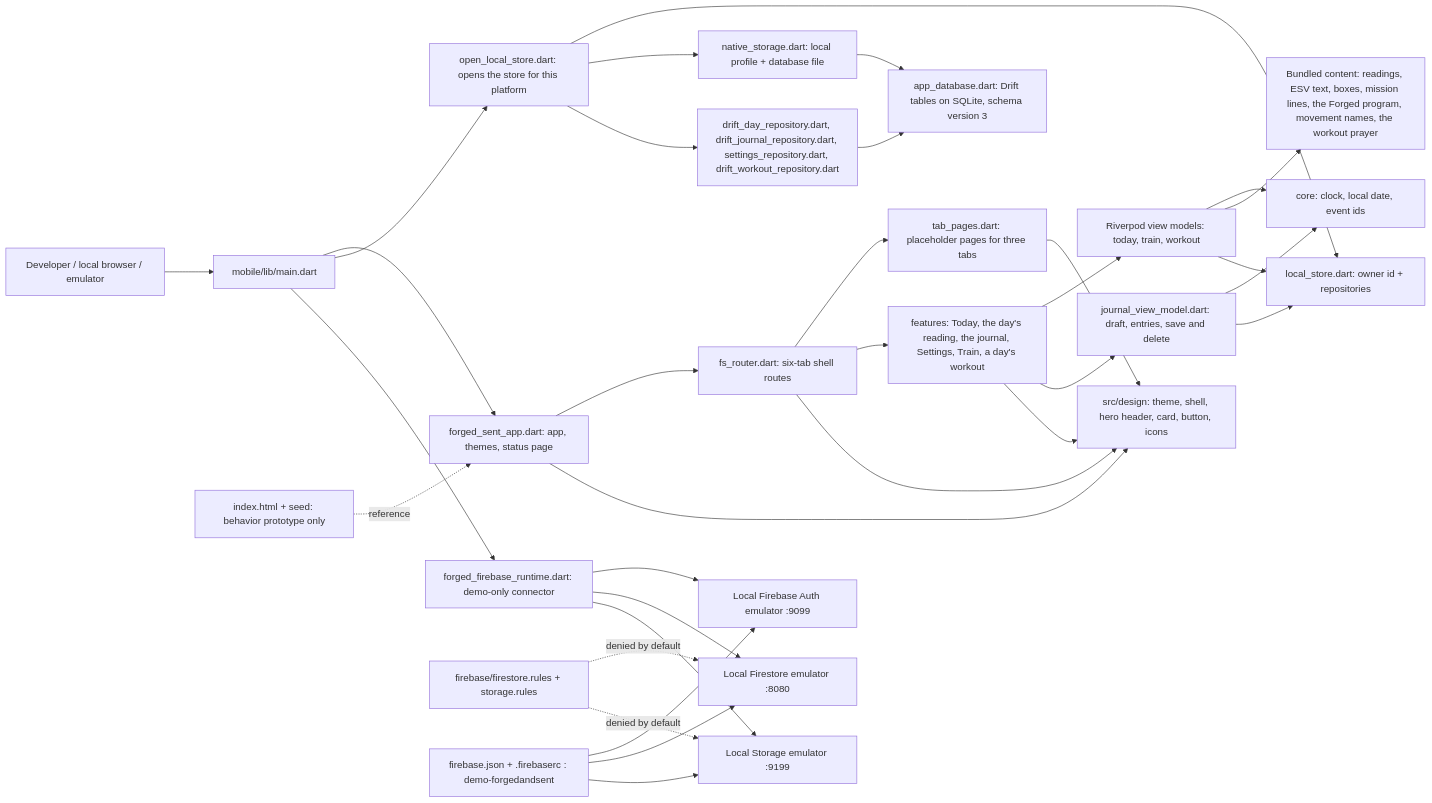
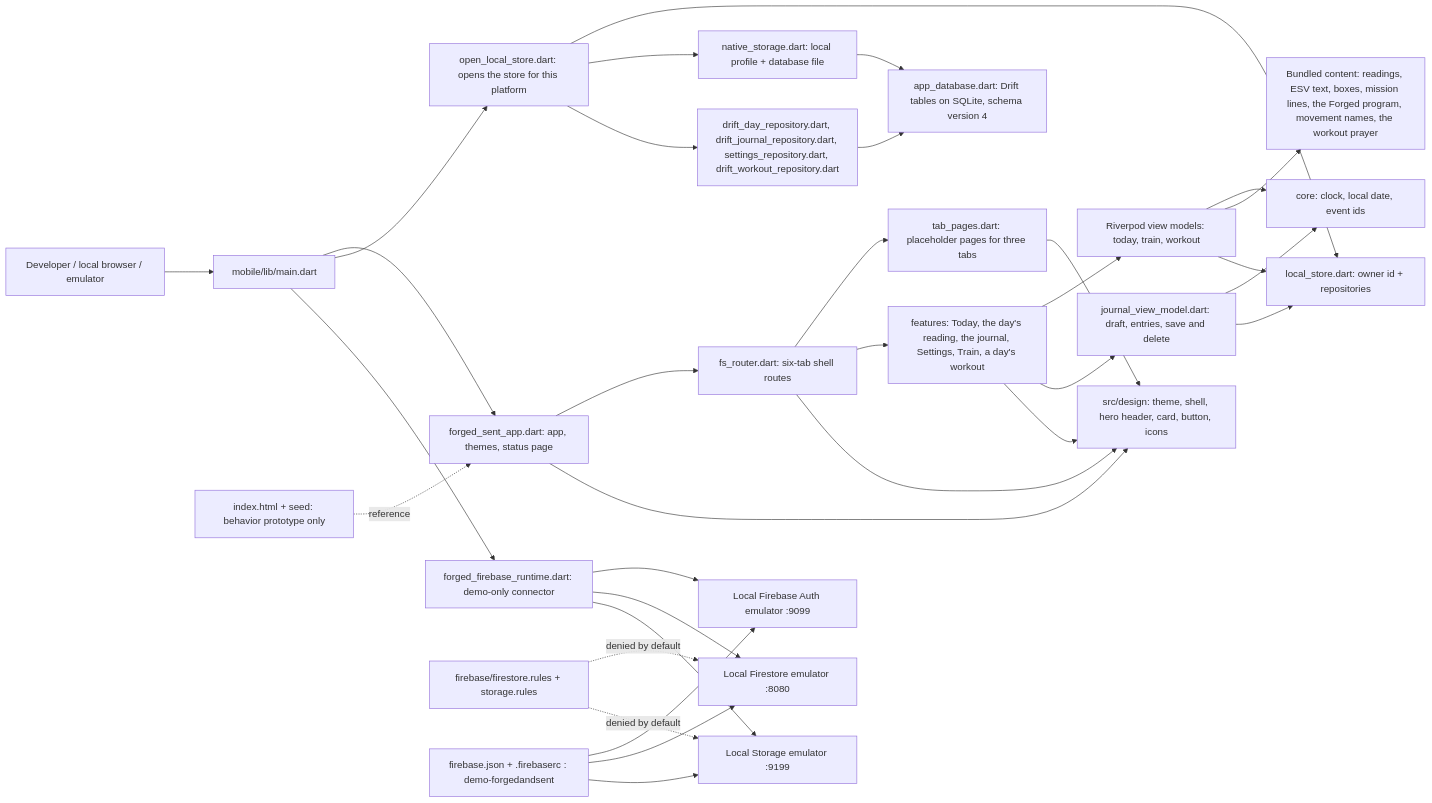
One commit to Forged-Sent/ForgedAndSentFitness changed the first of 3 diagrams in docs/architecture/SYSTEM.md. Above: the diagram before and after it, drawn with Mermaid. The commit also changed other lines of this file and 40 other files, not shown here.

````diff
--- a/docs/architecture/SYSTEM.md
+++ b/docs/architecture/SYSTEM.md
@@ -7,35 +7,35 @@
 ```mermaid
 flowchart LR
     Person[Developer / local browser / emulator] --> Entry[mobile/lib/main.dart]
     Entry --> UI[forged_sent_app.dart: app, themes, status page]
     UI --> Router[fs_router.dart: six-tab shell routes]
     Router --> Pages[tab_pages.dart: placeholder pages for three tabs]
     Router --> Screens[features: Today, the day's reading, the journal, Settings, Train, a day's workout]
     Screens --> VM[Riverpod view models: today, train, workout]
     Screens --> JVM[journal_view_model.dart: draft, entries, save and delete]
     JVM --> Core
     JVM --> LocalStore
     Screens --> Design
     VM --> Core[core: clock, local date, event ids]
     VM --> Content[Bundled content: readings, ESV text, boxes, mission lines, the Forged program, movement names, the workout prayer]
     VM --> LocalStore[local_store.dart: owner id + repositories]
     Entry --> Open[open_local_store.dart: opens the store for this platform]
     Open --> LocalStore
     Open --> Native[native_storage.dart: local profile + database file]
     Open --> Repos[drift_day_repository.dart, drift_journal_repository.dart, settings_repository.dart, drift_workout_repository.dart]
-    Repos --> Sqlite[app_database.dart: Drift tables on SQLite, schema version 3]
+    Repos --> Sqlite[app_database.dart: Drift tables on SQLite, schema version 4]
     Native --> Sqlite
     UI --> Design[src/design: theme, shell, hero header, card, button, icons]
     Router --> Design
     Pages --> Design
     Entry --> Runtime[forged_firebase_runtime.dart: demo-only connector]
     Runtime --> Auth[Local Firebase Auth emulator :9099]
     Runtime --> DB[Local Firestore emulator :8080]
     Runtime --> Store[Local Storage emulator :9199]
     Rules[firebase/firestore.rules + storage.rules] -. denied by default .-> DB
     Rules -. denied by default .-> Store
     Demo[firebase.json + .firebaserc : demo-forgedandsent] --> Auth
     Demo --> DB
     Demo --> Store
     Legacy[index.html + seed: behavior prototype only] -. reference .-> UI
 ```
````
